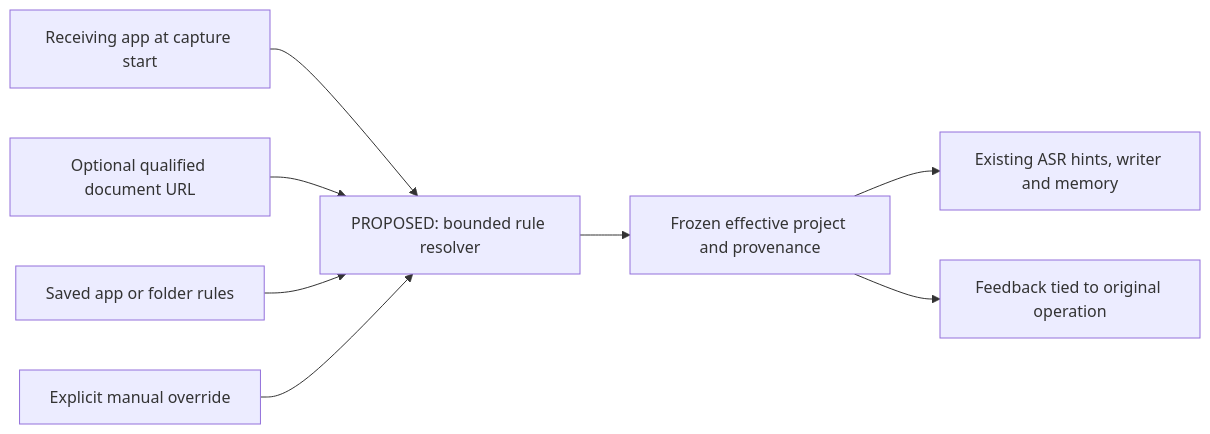
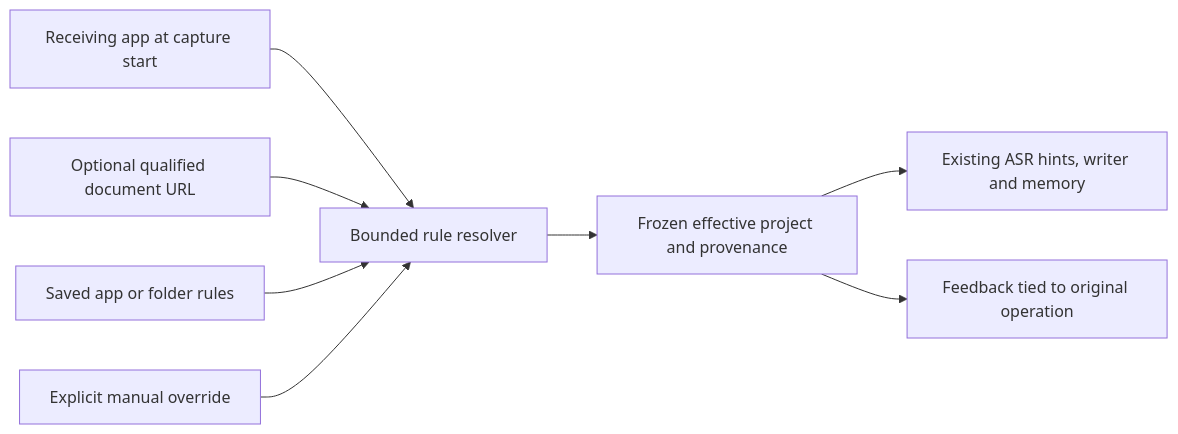
The diagram in docs/personalization/context-selection.md (rahulsharmavishwakarma/vesper), drawn with Mermaid before and after one commit. The commit also changed other lines of this file and 4 other files, not shown here.

````diff
--- a/docs/personalization/context-selection.md
+++ b/docs/personalization/context-selection.md
@@ -65,10 +80,10 @@
 ```mermaid
 flowchart LR
-    A["Receiving app at capture start"] --> R["PROPOSED: bounded rule resolver"]
+    A["Receiving app at capture start"] --> R["Bounded rule resolver"]
     F["Optional qualified document URL"] --> R
     P["Saved app or folder rules"] --> R
     O["Explicit manual override"] --> R
     R --> S["Frozen effective project and provenance"]
     S --> M["Existing ASR hints, writer and memory"]
     S --> E["Feedback tied to original operation"]
 ```
````
